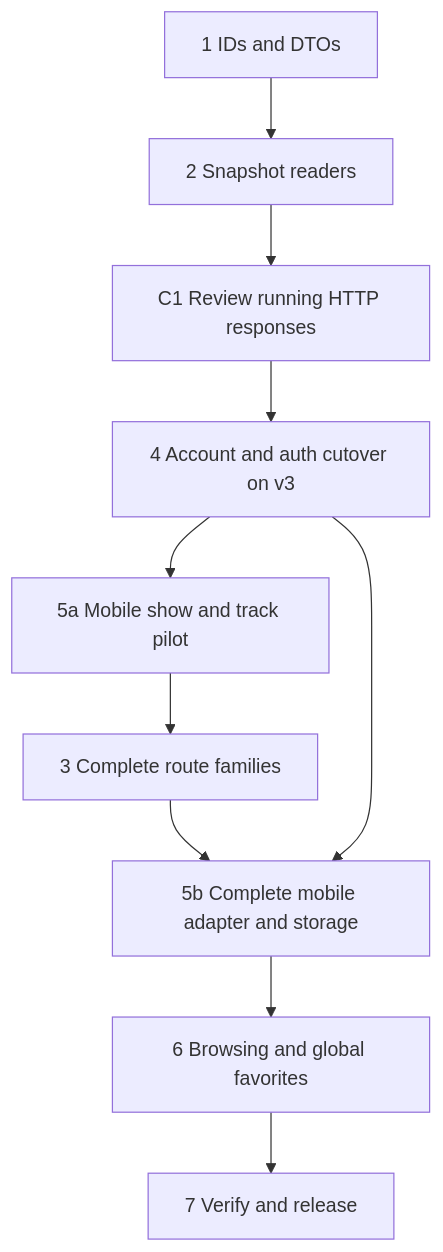
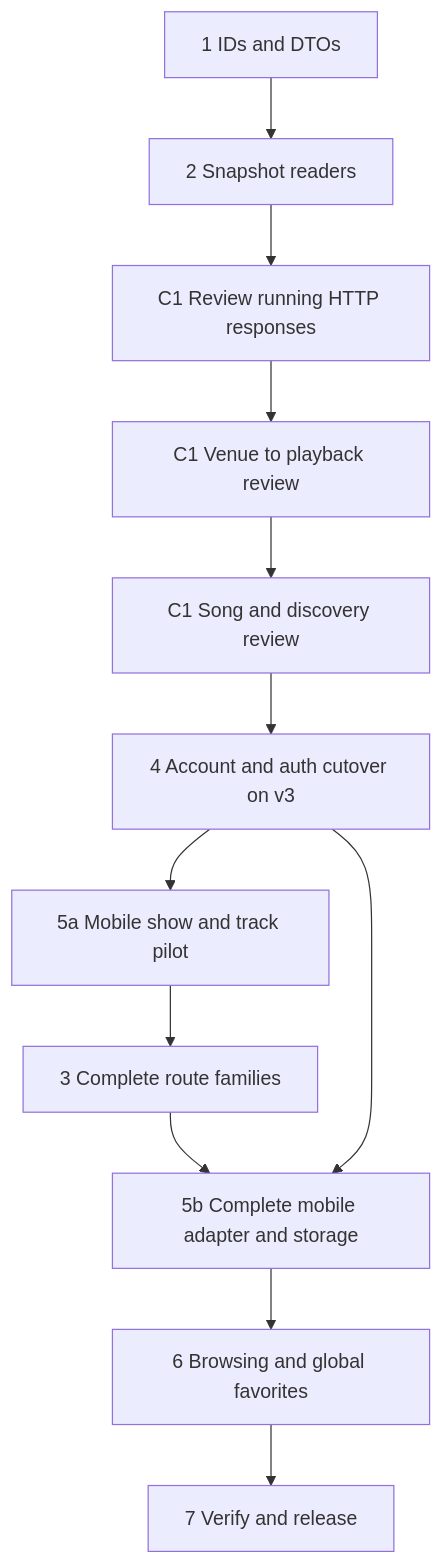
Before and after one commit to RelistenNet/RelistenApi: the second of 2 diagrams in docs/plans/active/2026-10-29-v4-api/README.md, drawn with Mermaid. The commit also changed other lines of this file and 11 other files, not shown here.

First line of the commit message:
docs(v4): add the venue-to-playback walkthrough

````diff
--- a/docs/plans/active/2026-10-29-v4-api/README.md
+++ b/docs/plans/active/2026-10-29-v4-api/README.md
@@ -186,12 +193,14 @@
 ```mermaid
 flowchart TD
     IDs[1 IDs and DTOs] --> Reads[2 Snapshot readers]
     Reads --> HTTP[C1 Review running HTTP responses]
-    HTTP --> Accounts[4 Account and auth cutover on v3]
+    HTTP --> Venues[C1 Venue to playback review]
+    Venues --> Songs[C1 Song and discovery review]
+    Songs --> Accounts[4 Account and auth cutover on v3]
     Accounts --> Pilot[5a Mobile show and track pilot]
     Pilot --> API[3 Complete route families]
     API --> Mobile[5b Complete mobile adapter and storage]
     Accounts --> Mobile
     Mobile --> UI[6 Browsing and global favorites]
     UI --> Release[7 Verify and release]
 ```
````
